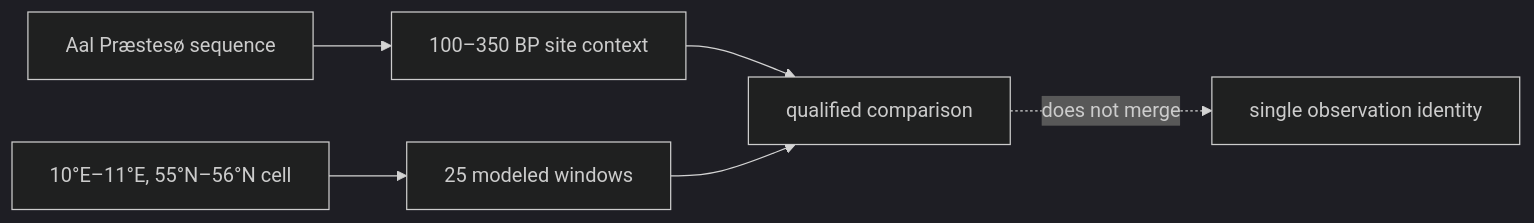
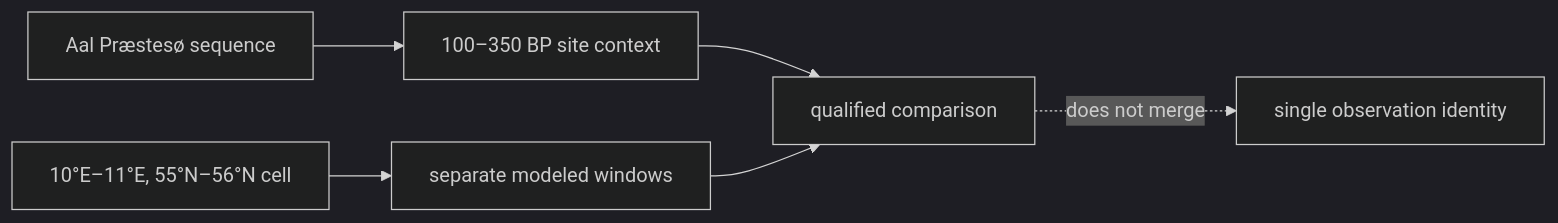
One commit to bijux/bijux-pollenomics changed the fourth of 5 diagrams in docs/public/pollenomics-data/sources/landclim.md. Above: the diagram before and after it, drawn with Mermaid (dark theme). The commit also changed other lines of this file and 1 other file, not shown here.

````diff
--- a/docs/public/pollenomics-data/sources/landclim.md
+++ b/docs/public/pollenomics-data/sources/landclim.md
@@ -150,8 +167,8 @@
 ```mermaid
 flowchart LR
     Aal["Aal Præstesø sequence"] --> SiteInterval["100–350 BP site context"]
-    Grid["10°E–11°E, 55°N–56°N cell"] --> Windows["25 modeled windows"]
+    Grid["10°E–11°E, 55°N–56°N cell"] --> Windows["separate modeled windows"]
     SiteInterval --> Compare["qualified comparison"]
     Windows --> Compare
     Compare -. does not merge .-> Observation["single observation identity"]
 ```
````
